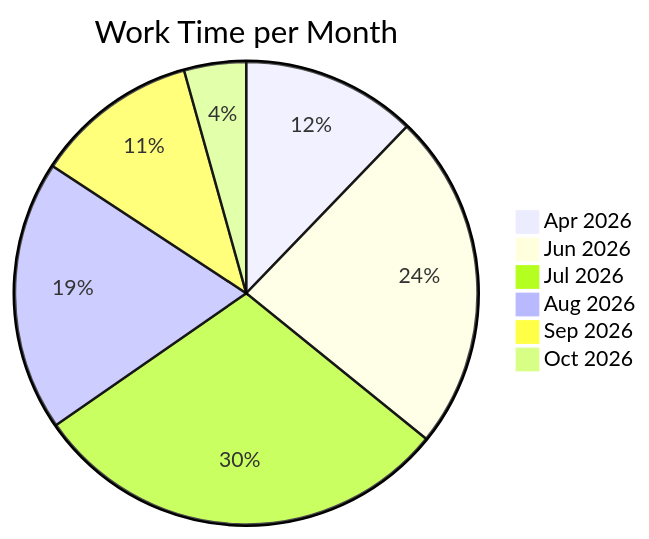
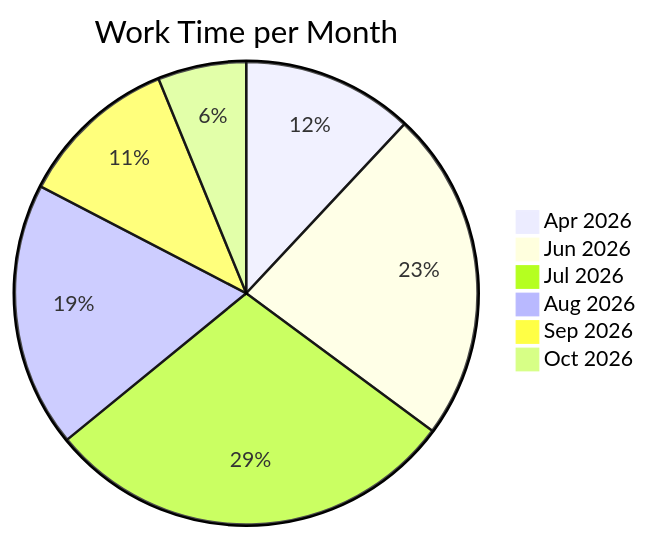
One commit to notWetro/time-tracker changed the diagram in README.md. Above: the diagram before and after it, drawn with Mermaid. The commit also changed other lines of this file and 1 other file, not shown here.

Commit message:
updated worktime

````diff
--- a/README.md
+++ b/README.md
@@ -14,10 +14,10 @@
 ```mermaid
 pie
     title Work Time per Month
     "Apr 2026" : 3.1
     "Jun 2026" : 6.0
     "Jul 2026" : 7.5
     "Aug 2026" : 4.8
     "Sep 2026" : 2.9
-    "Oct 2026" : 1.1
+    "Oct 2026" : 1.6
 ```
````
